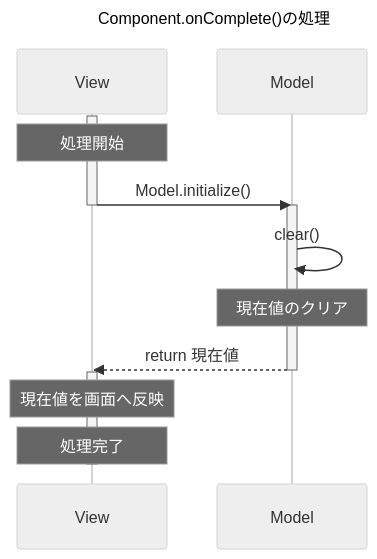
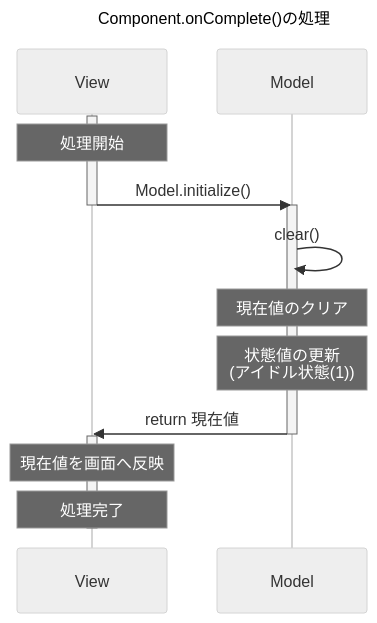
Before and after one commit to NatsukiChubachi/Qt_Model_QT_PROPERTY: the third of 6 diagrams in sequence.md, drawn with Mermaid. The commit also changed other lines of this file and 2 other files, not shown here.

Commit message:
#main プログラムコード修正とフローチャート、シーケンス図の更新

````diff
--- a/sequence.md
+++ b/sequence.md
@@ -21,29 +82,30 @@
 ```mermaid
 ---
 title: Component.onComplete()の処理
 config:
   theme: neutral
 ---
 sequenceDiagram
     participant View
     participant Model
 
     activate View
     note over View: 処理開始
     View->>Model: Model.initialize()
 
     deactivate View
     activate Model
 
     Model->>Model: clear()
     note over Model: 現在値のクリア
 
+    note over Model: 状態値の更新 <br>(アイドル状態(1))
 
-    Model-->>View: return 現在値
+    Model->>View: return 現在値
     deactivate Model
     activate View
 
     note over View: 現在値を画面へ反映
     note over View: 処理完了
     deactivate View
 ```
````
